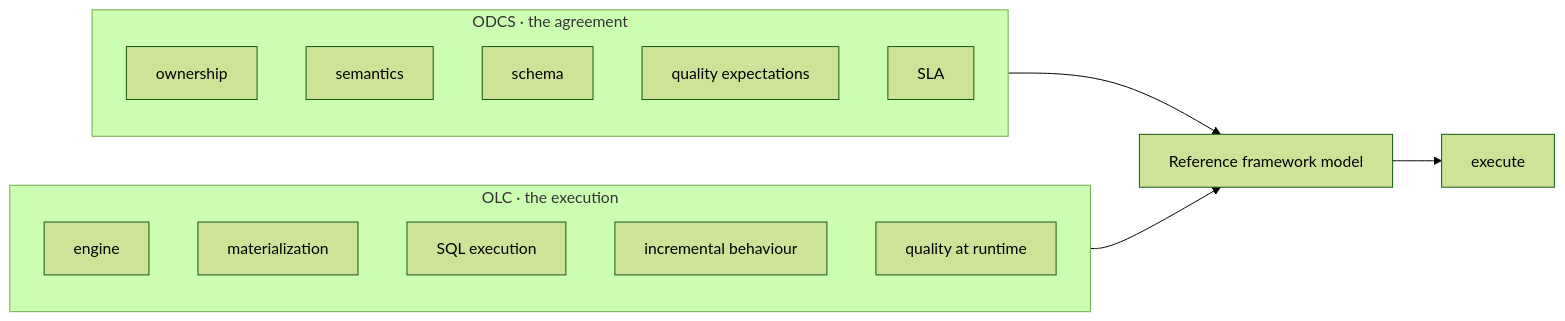
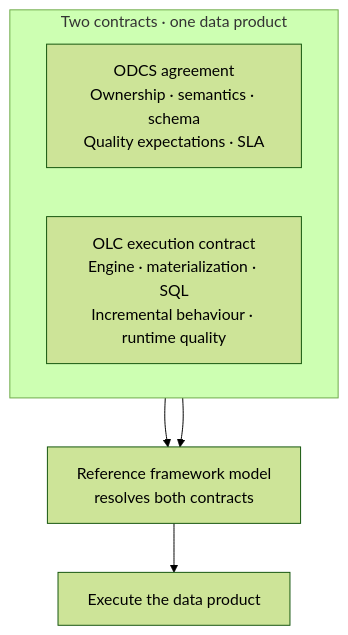
One commit to LakeLogic/open-lakehouse-contract changed the second of 2 diagrams in docs/concepts/vs-odcs.md. Above: the diagram before and after it, drawn with Mermaid (forest theme). The commit also changed 7 other files, not shown here.

````diff
--- a/docs/concepts/vs-odcs.md
+++ b/docs/concepts/vs-odcs.md
@@ -70,20 +70,16 @@
 ```mermaid
-flowchart LR
-    subgraph ODCS[ODCS · the agreement]
-      A1[ownership]
-      A2[semantics]
-      A3[schema]
-      A4[quality expectations]
-      A5[SLA]
+flowchart TB
+    subgraph CONTRACTS[Two contracts · one data product]
+      direction LR
+      ODCS["ODCS agreement<br/>Ownership · semantics · schema<br/>Quality expectations · SLA"]
+      OLC["OLC execution contract<br/>Engine · materialization · SQL<br/>Incremental behaviour · runtime quality"]
     end
-    subgraph OLC[OLC · the execution]
-      B1[engine]
-      B2[materialization]
-      B3[SQL execution]
-      B4[incremental behaviour]
-      B5[quality at runtime]
-    end
-    ODCS --> M[Reference framework model]
+
+    ODCS --> M["Reference framework model<br/>resolves both contracts"]
     OLC --> M
-    M --> X[execute]
+    M --> X["Execute the data product"]
+
+    class ODCS,OLC olc-flow-card
+    class M olc-flow-model
+    class X olc-flow-outcome
 ```
````
